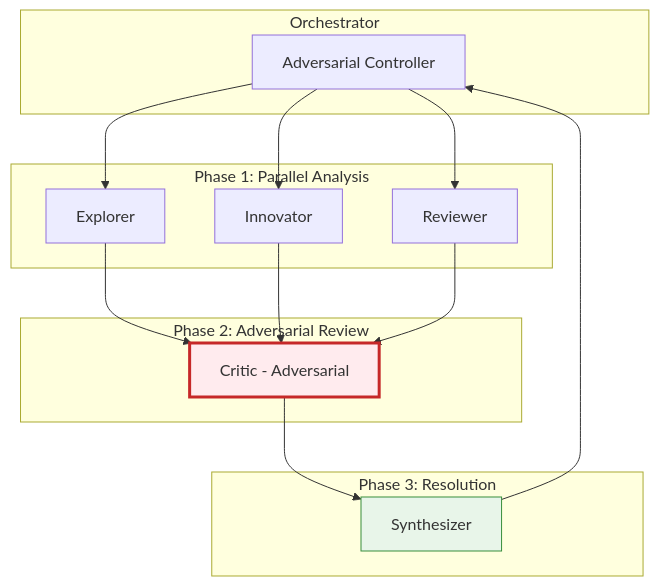
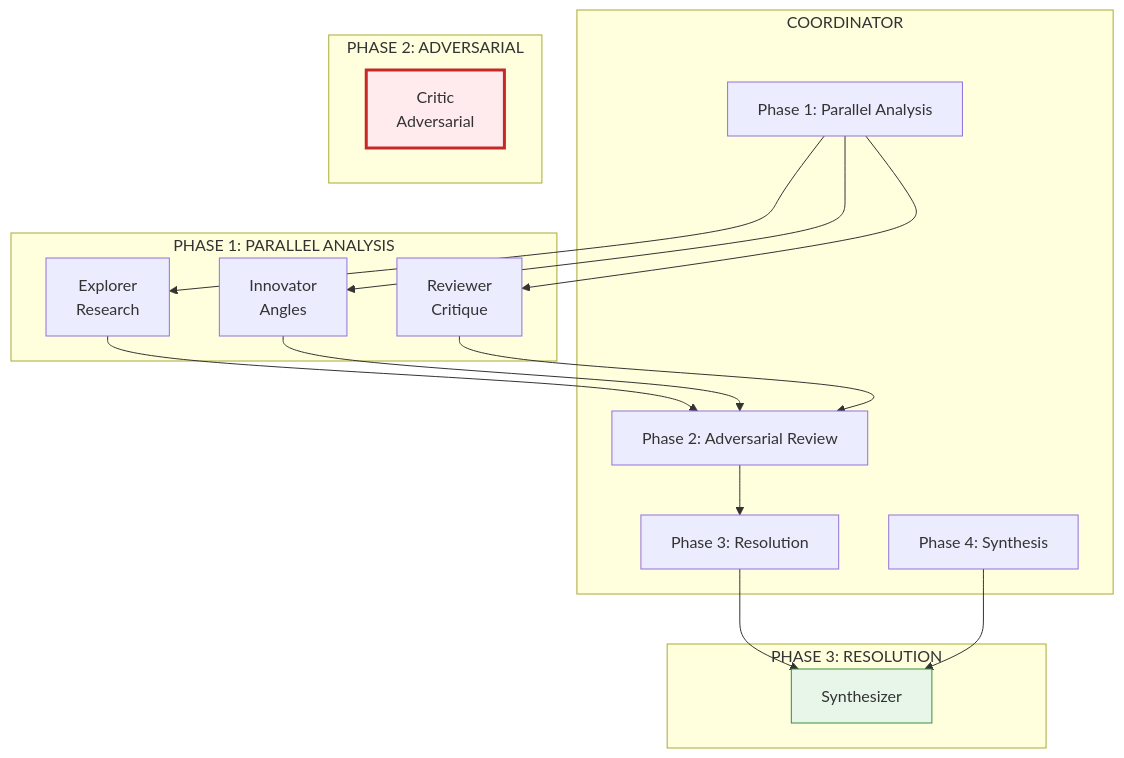
Before and after one commit to MohamedNamper333/swarm-agent: the first of 3 diagrams in SWARM-TEST-004-VERY-HARD.md, drawn with Mermaid. The commit also changed other lines of this file and 16 other files, not shown here.

````diff
--- a/SWARM-TEST-004-VERY-HARD.md
+++ b/SWARM-TEST-004-VERY-HARD.md
@@ -47,32 +61,36 @@
 ```mermaid
 graph TB
-    subgraph "Orchestrator"
-        O[Adversarial Controller]
+    subgraph "COORDINATOR"
+        C1[Phase 1: Parallel Analysis]
+        C2[Phase 2: Adversarial Review]
+        C3[Phase 3: Resolution]
+        C4[Phase 4: Synthesis]
     end
     
-    subgraph "Phase 1: Parallel Analysis"
-        E[Explorer]
-        I[Innovator]
-        R[Reviewer]
+    subgraph "PHASE 1: PARALLEL ANALYSIS"
+        E[Explorer<br/>Research]
+        I[Innovator<br/>Angles]
+        R[Reviewer<br/>Critique]
     end
     
-    subgraph "Phase 2: Adversarial Review"
-        C[Critic - Adversarial]
+    subgraph "PHASE 2: ADVERSARIAL"
+        C[Critic<br/>Adversarial]
     end
     
-    subgraph "Phase 3: Resolution"
+    subgraph "PHASE 3: RESOLUTION"
         S[Synthesizer]
     end
     
-    O --> E
-    O --> I
-    O --> R
-    E --> C
-    I --> C
-    R --> C
-    C --> S
-    S --> O
+    C1 --> E
+    C1 --> I
+    C1 --> R
+    E --> C2
+    I --> C2
+    R --> C2
+    C2 --> C3
+    C3 --> S
+    C4 --> S
     
     style C fill:#ffebee,stroke:#c62828,stroke-width:3px
     style S fill:#e8f5e9,stroke:#388e3c
 ```
````
